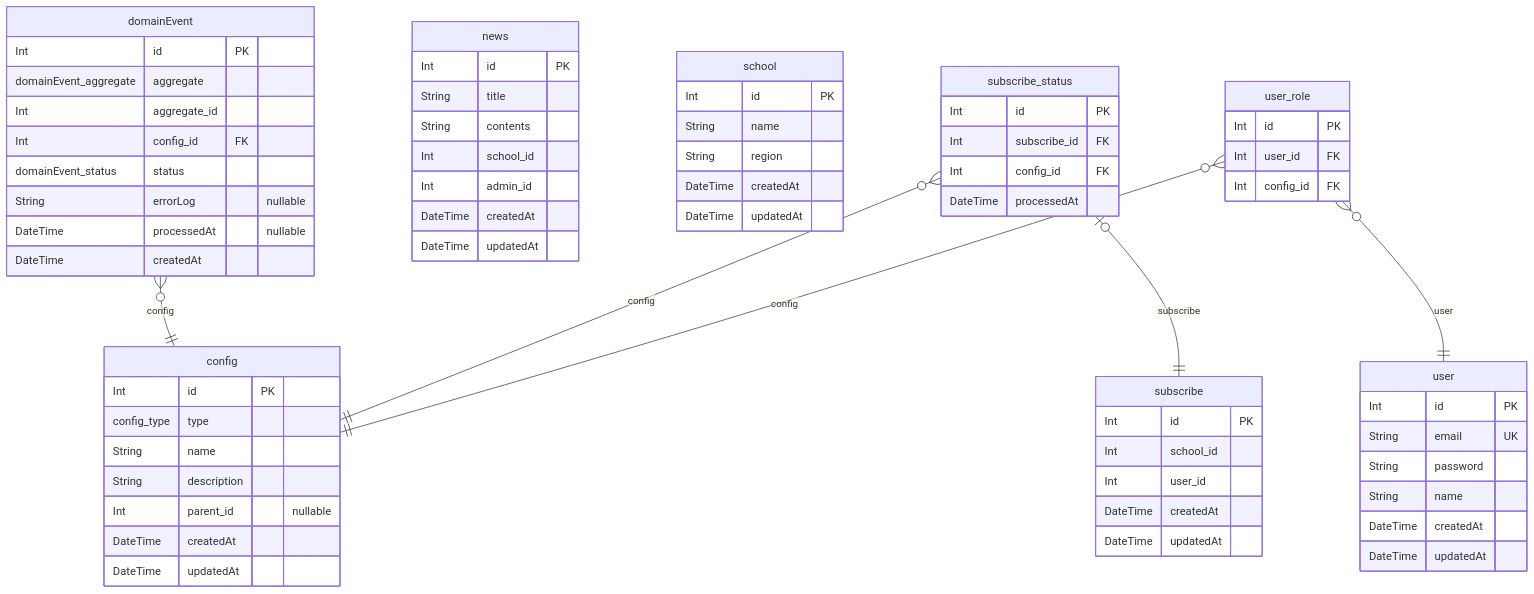
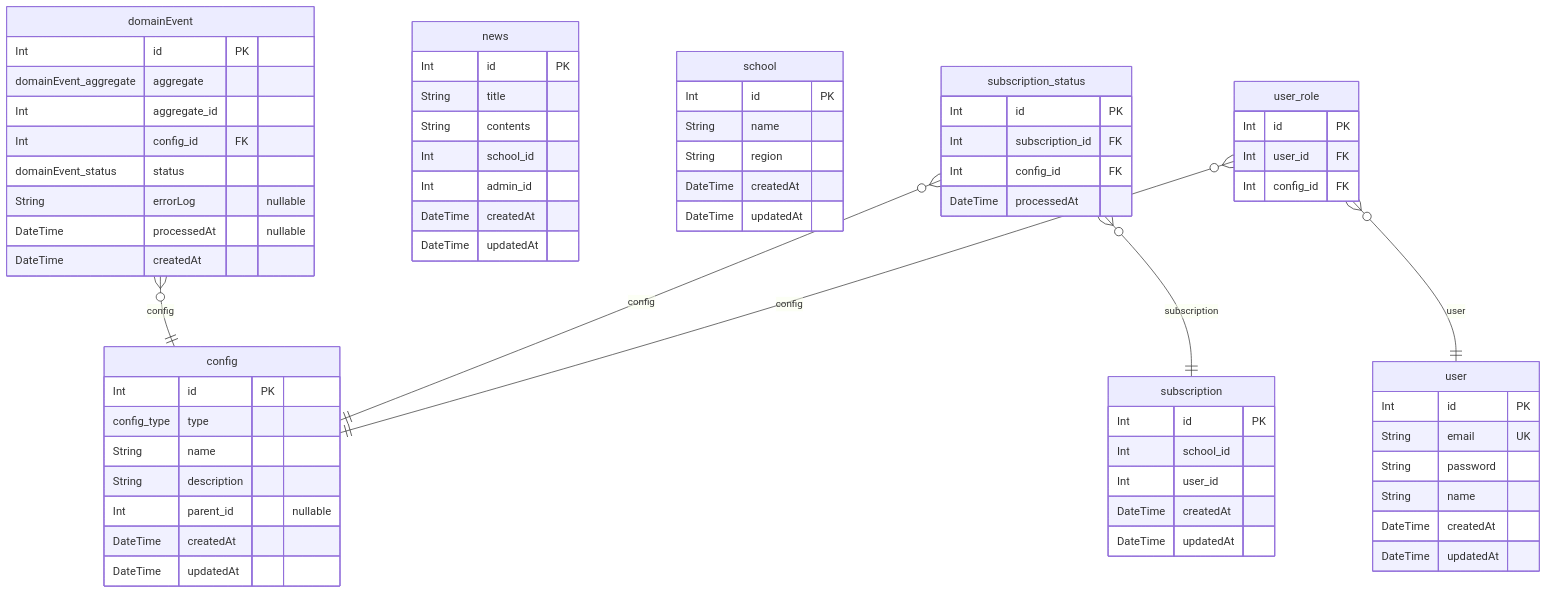
Before and after one commit to 2langk/classting: the diagram in README.md, drawn with Mermaid. The commit also changed 22 other files, not shown here.

Commit message:
refactor: subscribe to subscription

````diff
--- a/README.md
+++ b/README.md
@@ -18,69 +18,69 @@
 ```mermaid
 erDiagram
 "config" {
   Int id PK
   config_type type
   String name
   String description
   Int parent_id "nullable"
   DateTime createdAt
   DateTime updatedAt
 }
 "domainEvent" {
   Int id PK
   domainEvent_aggregate aggregate
   Int aggregate_id
   Int config_id FK
   domainEvent_status status
   String errorLog "nullable"
   DateTime processedAt "nullable"
   DateTime createdAt
 }
 "news" {
   Int id PK
   String title
   String contents
   Int school_id
   Int admin_id
   DateTime createdAt
   DateTime updatedAt
 }
 "school" {
   Int id PK
   String name
   String region
   DateTime createdAt
   DateTime updatedAt
 }
-"subscribe" {
+"subscription" {
   Int id PK
   Int school_id
   Int user_id
   DateTime createdAt
   DateTime updatedAt
 }
-"subscribe_status" {
+"subscription_status" {
   Int id PK
-  Int subscribe_id FK
+  Int subscription_id FK
   Int config_id FK
   DateTime processedAt
 }
 "user" {
   Int id PK
   String email UK
   String password
   String name
   DateTime createdAt
   DateTime updatedAt
 }
 "user_role" {
   Int id PK
   Int user_id FK
   Int config_id FK
 }
 "domainEvent" }o--|| "config" : config
-"subscribe_status" }o--|| "config" : config
-"subscribe_status" |o--|| "subscribe" : subscribe
+"subscription_status" }o--|| "config" : config
+"subscription_status" }o--|| "subscription" : subscription
 "user_role" }o--|| "config" : config
 "user_role" }o--|| "user" : user
 ```
````
